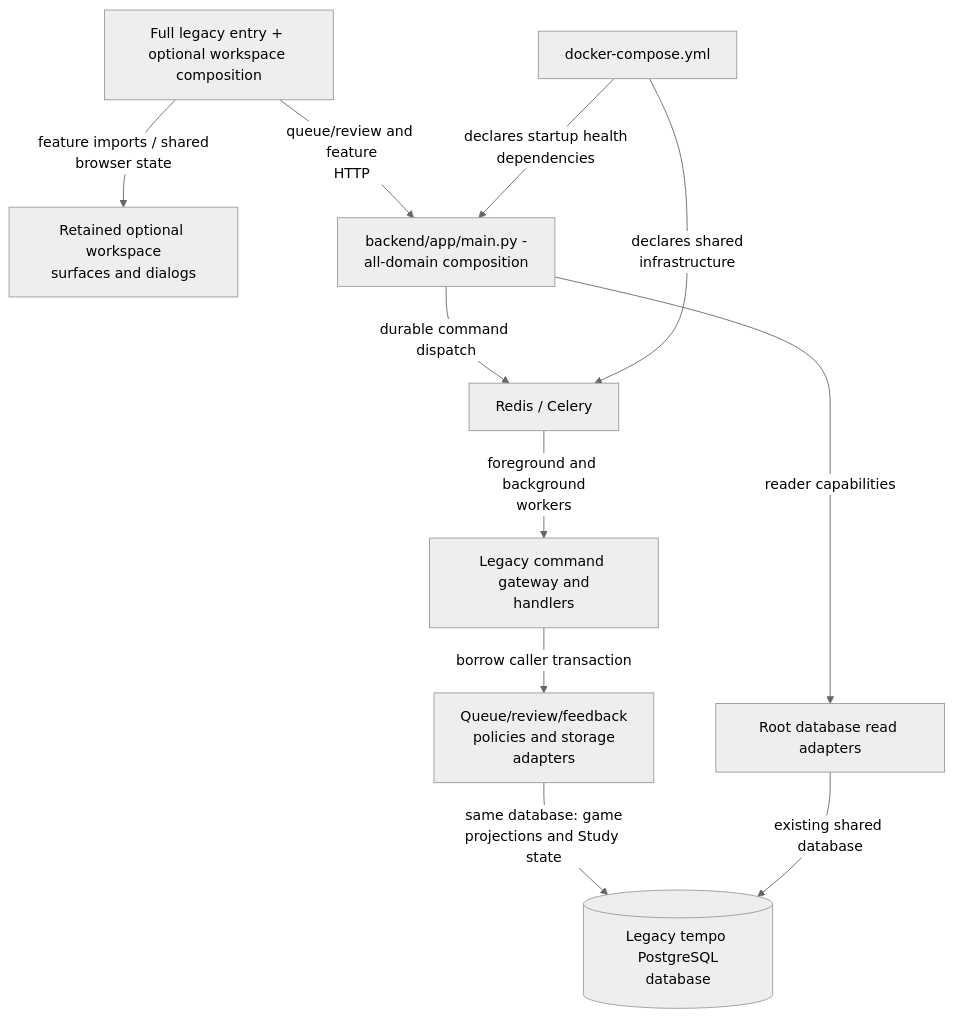
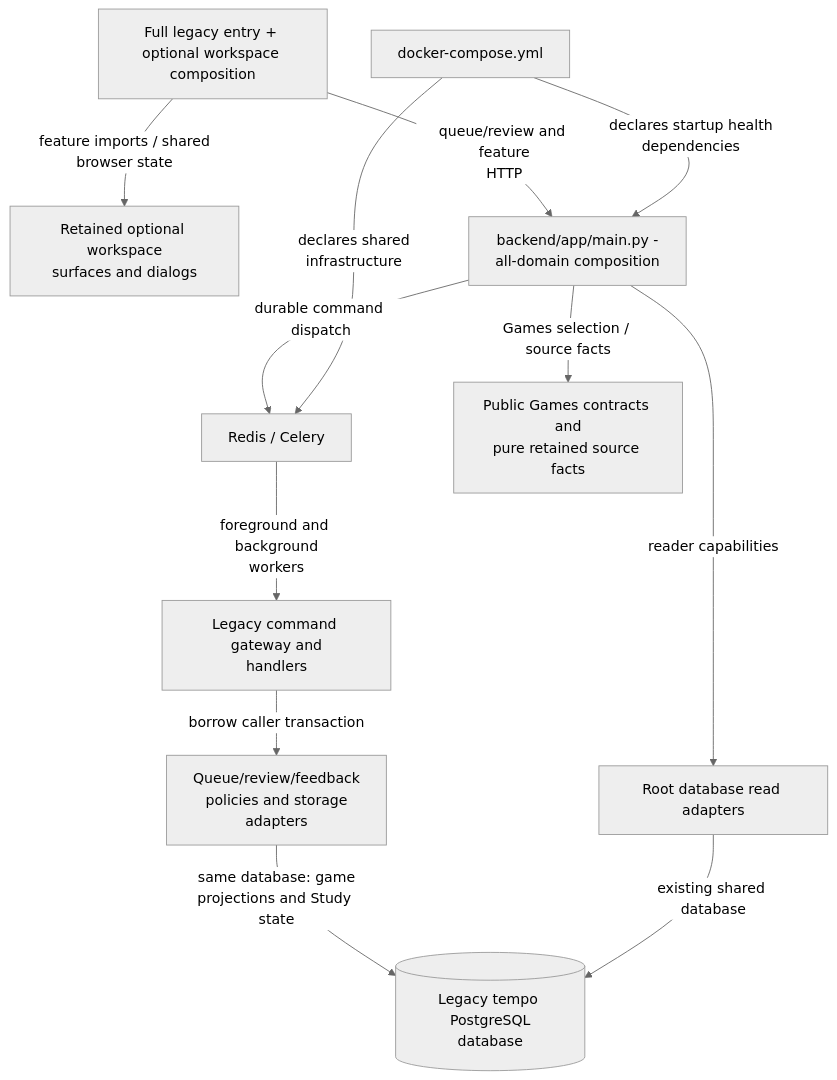
One commit to aaweaver-actuary/tempo changed the diagram in backend/README.md. Above: the diagram before and after it, drawn with Mermaid (neutral theme). The commit also changed 8 other files, not shown here.

Commit message:
Separate pure Games facts from feedback composition

````diff
--- a/backend/README.md
+++ b/backend/README.md
@@ -22,13 +22,14 @@
 ```mermaid
 flowchart TB
   Home["Full legacy entry + optional workspace composition"] -->|"feature imports / shared<br/>browser state"| Views["Retained optional workspace<br/>surfaces and dialogs"]
   Home -->|"queue/review and feature<br/>HTTP"| API["backend/app/main.py -<br/>all-domain composition"]
   API -->|"durable command dispatch"| Broker["Redis / Celery"]
   Broker -->|"foreground and background<br/>workers"| Commands["Legacy command gateway and<br/>handlers"]
   Commands -->|"borrow caller transaction"| Policy["Queue/review/feedback<br/>policies and storage<br/>adapters"]
   Policy -->|"same database: game<br/>projections and Study state"| DB[("Legacy tempo PostgreSQL<br/>database")]
+  API -->|"Games selection / source facts"| Facts["Public Games contracts and<br/>pure retained source facts"]
   API -->|"reader capabilities"| ReadStorage["Root database read adapters"]
   ReadStorage -->|"existing shared database"| DB
   Compose["docker-compose.yml"] -->|"declares startup health<br/>dependencies"| API
   Compose -->|"declares shared<br/>infrastructure"| Broker
 ```
````
